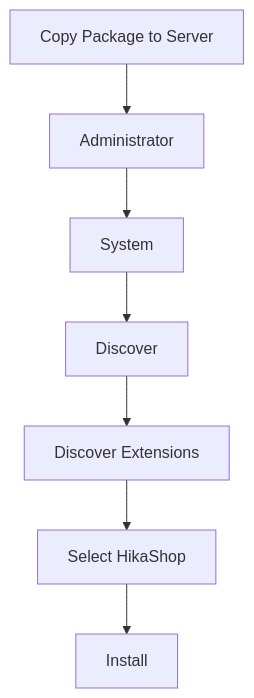
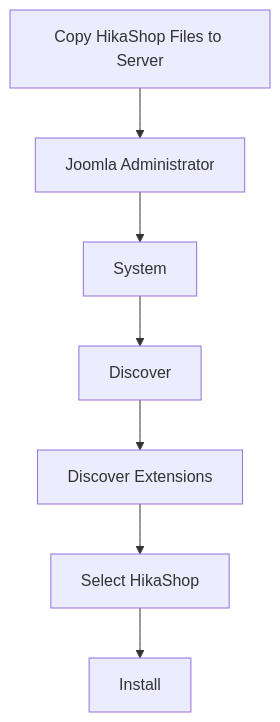
The third of 6 diagrams in joomla/learning/extensions/hikashop-6-5-2-installation-guide.md (duyduyly/php-notebook), drawn with Mermaid before and after one commit. The commit also changed other lines of this file, not shown here.

Commit message:
Expand HikaShop 6.5.2 installation guide with features and migration tests

````diff
--- a/joomla/learning/extensions/hikashop-6-5-2-installation-guide.md
+++ b/joomla/learning/extensions/hikashop-6-5-2-installation-guide.md
@@ -159,18 +144,9 @@
 ```mermaid
 flowchart TD
-
-A[Copy Package to Server]
-B[Administrator]
-C[System]
-D[Discover]
-E[Discover Extensions]
-F[Select HikaShop]
-G[Install]
-
-A --> B
-B --> C
-C --> D
-D --> E
-E --> F
-F --> G
+    A[Copy HikaShop Files to Server] --> B[Joomla Administrator]
+    B --> C[System]
+    C --> D[Discover]
+    D --> E[Discover Extensions]
+    E --> F[Select HikaShop]
+    F --> G[Install]
 ```
````
